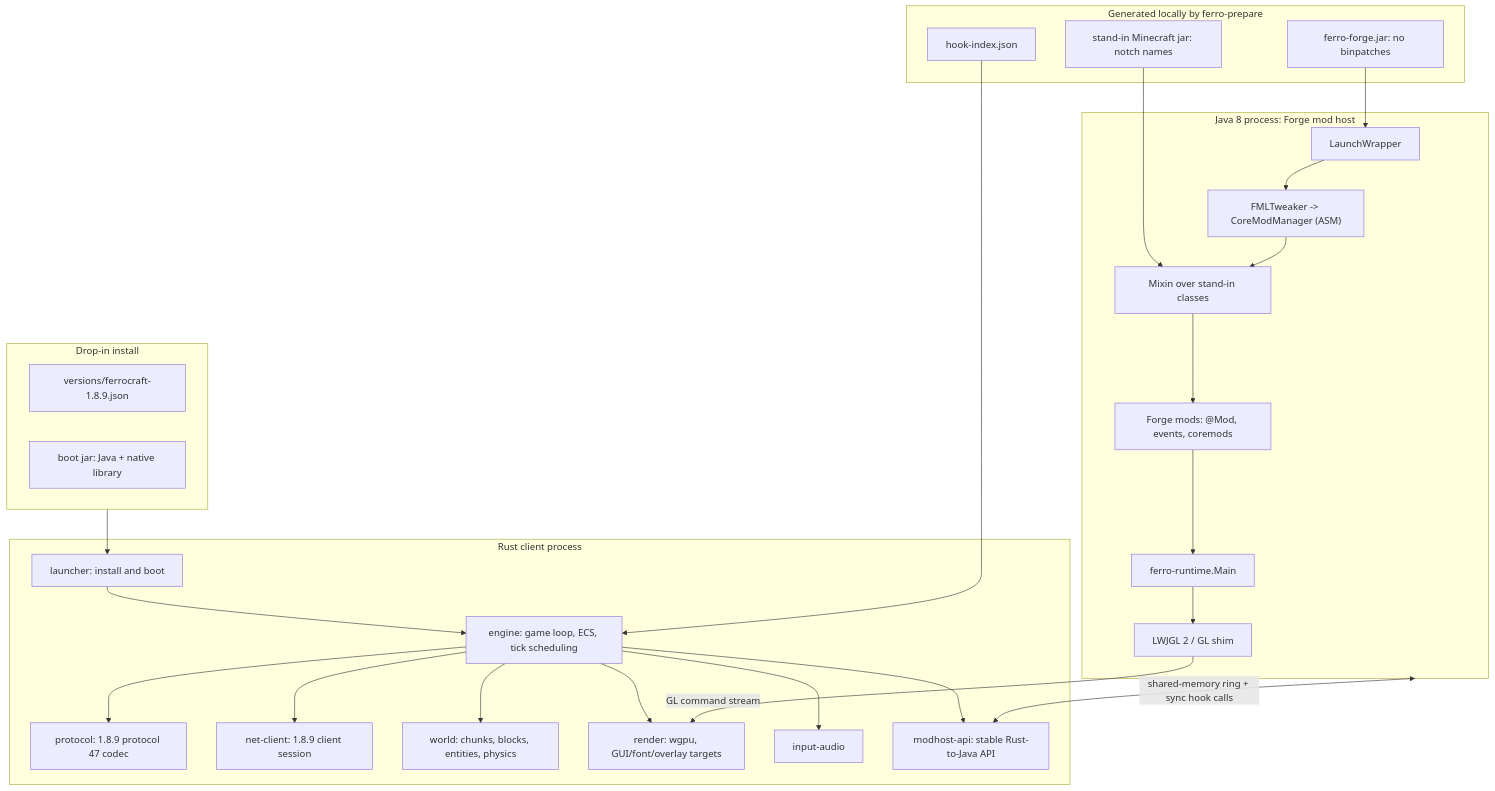
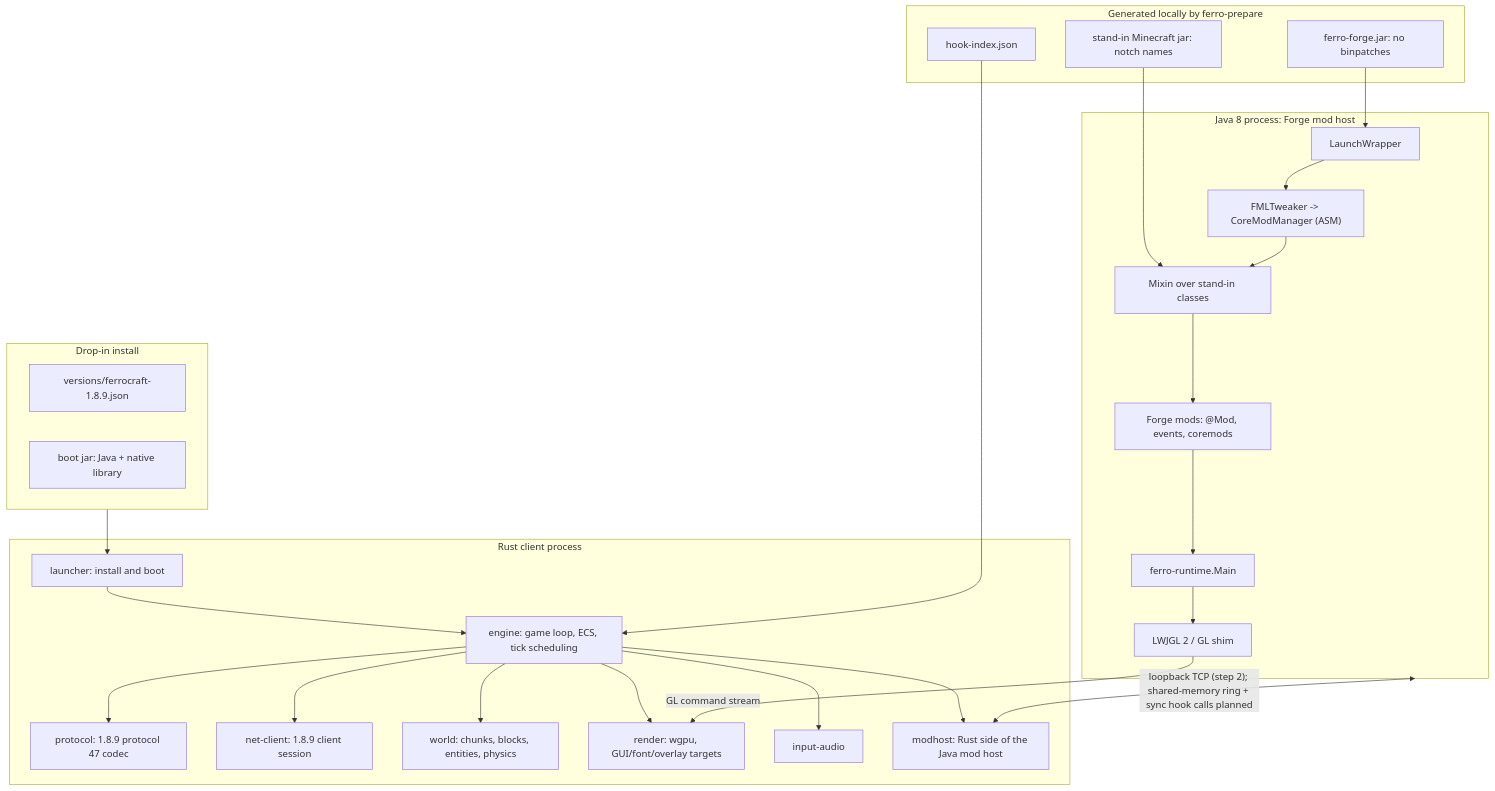
One commit to i098/ferrocraft changed the diagram in docs/architecture.mmd. Above: the diagram before and after it, drawn with Mermaid. The commit also changed 5 other files, not shown here.

Commit message:
no-mistakes(document): Name crates/modhost in architecture and layout docs

```diff
--- a/docs/architecture.mmd
+++ b/docs/architecture.mmd
@@ -1,46 +1,46 @@
 flowchart TB
     subgraph IN["Drop-in install"]
         VJ["versions/ferrocraft-1.8.9.json"]
         BJ["boot jar: Java + native library"]
     end
     subgraph R["Rust client process"]
         L["launcher: install and boot"]
         E["engine: game loop, ECS, tick scheduling"]
         P["protocol: 1.8.9 protocol 47 codec"]
         N["net-client: 1.8.9 client session"]
         W["world: chunks, blocks, entities, physics"]
         D["render: wgpu, GUI/font/overlay targets"]
         I["input-audio"]
-        M["modhost-api: stable Rust-to-Java API"]
+        M["modhost: Rust side of the Java mod host"]
     end
     subgraph J["Java 8 process: Forge mod host"]
         LW["LaunchWrapper"]
         FM["FMLTweaker -> CoreModManager (ASM)"]
         MX["Mixin over stand-in classes"]
         MO["Forge mods: @Mod, events, coremods"]
         SH["LWJGL 2 / GL shim"]
         MN["ferro-runtime.Main"]
     end
     subgraph X["Generated locally by ferro-prepare"]
         SI["stand-in Minecraft jar: notch names"]
         FJ["ferro-forge.jar: no binpatches"]
         HI["hook-index.json"]
     end
     IN --> L
     L --> E
     E --> P
     E --> N
     E --> W
     E --> D
     E --> I
     E --> M
-    J <-->|"shared-memory ring + sync hook calls"| M
+    J <-->|"loopback TCP (step 2); shared-memory ring + sync hook calls planned"| M
     SH -->|"GL command stream"| D
     SI --> MX
     FJ --> LW
     HI --> E
     LW --> FM
     FM --> MX
     MX --> MO
     MO --> MN
     MN --> SH
```
